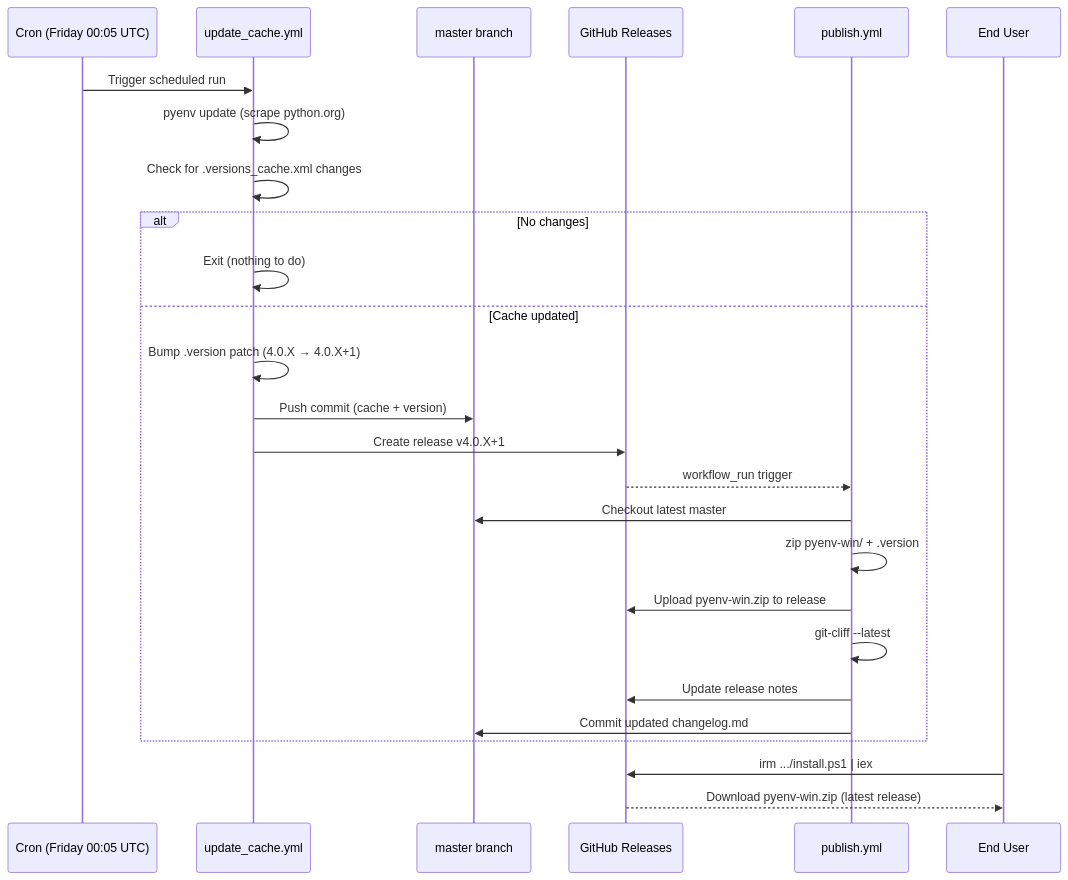
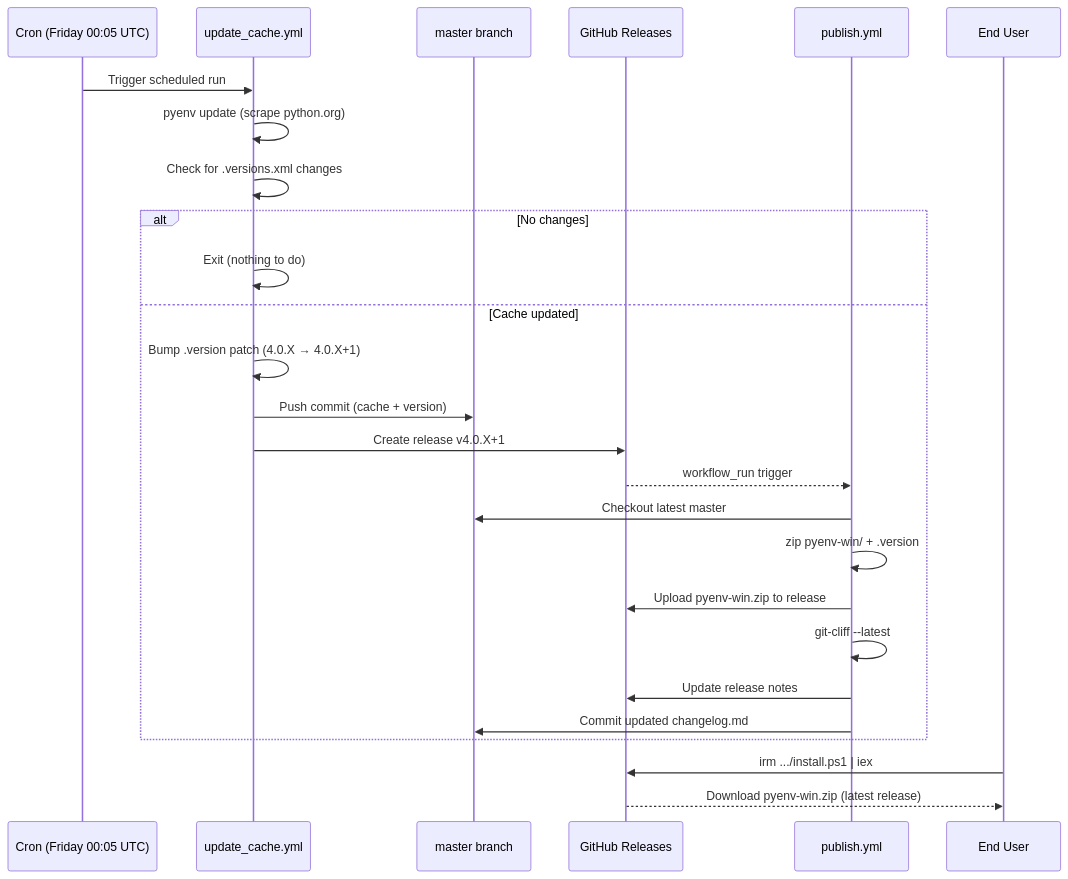
One commit to Satori-Analytics/pyenv-win changed the first of 3 diagrams in docs/ci-cd-workflows.md. Above: the diagram before and after it, drawn with Mermaid. The commit also changed other lines of this file and 5 other files, not shown here.

Commit message:
refactor: rename .versions_cache.xml to .versions.xml

````diff
--- a/docs/ci-cd-workflows.md
+++ b/docs/ci-cd-workflows.md
@@ -51,31 +51,31 @@
 ```mermaid
 sequenceDiagram
     participant Cron as Cron (Friday 00:05 UTC)
     participant UC as update_cache.yml
     participant Master as master branch
     participant GH as GitHub Releases
     participant Pub as publish.yml
     participant User as End User
 
     Cron->>UC: Trigger scheduled run
     UC->>UC: pyenv update (scrape python.org)
-    UC->>UC: Check for .versions_cache.xml changes
+    UC->>UC: Check for .versions.xml changes
 
     alt No changes
         UC->>UC: Exit (nothing to do)
     else Cache updated
         UC->>UC: Bump .version patch (4.0.X → 4.0.X+1)
         UC->>Master: Push commit (cache + version)
         UC->>GH: Create release v4.0.X+1
         GH-->>Pub: workflow_run trigger
         Pub->>Master: Checkout latest master
         Pub->>Pub: zip pyenv-win/ + .version
         Pub->>GH: Upload pyenv-win.zip to release
         Pub->>Pub: git-cliff --latest
         Pub->>GH: Update release notes
         Pub->>Master: Commit updated changelog.md
     end
 
     User->>GH: irm .../install.ps1 | iex
     GH-->>User: Download pyenv-win.zip (latest release)
 ```
````
